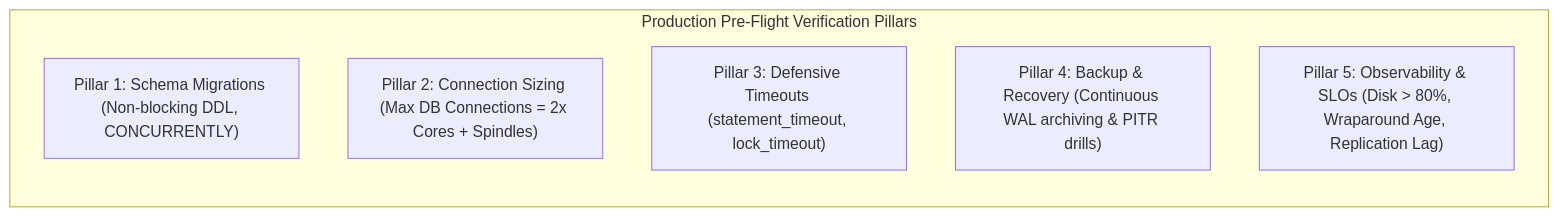
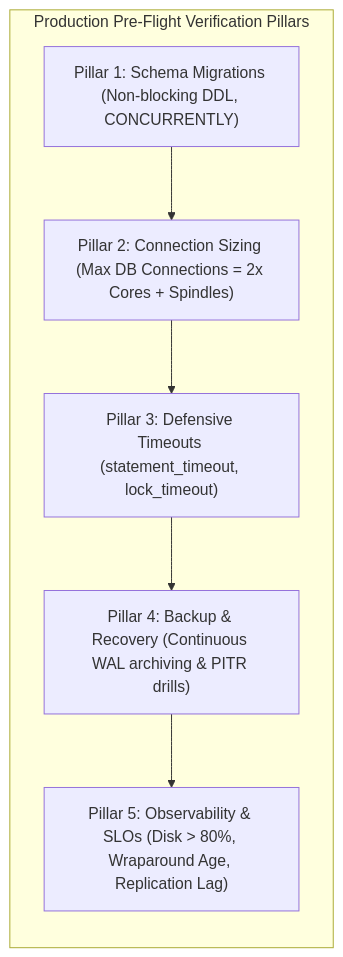
One commit to santoshjammi29/sql-handbook changed the fifth of 6 diagrams in README.md. Above: the diagram before and after it, drawn with Mermaid. The commit also changed other lines of this file and 1 other file, not shown here.

Commit message:
fix(diagrams): enforce strict sequential rendering and ordering constraints across mermaid diagrams

````diff
--- a/README.md
+++ b/README.md
@@ -438,11 +445,10 @@
 ```mermaid
-flowchart LR
+flowchart TD
     subgraph Checklist["Production Pre-Flight Verification Pillars"]
         direction TB
-        C1["Pillar 1: Schema Migrations (Non-blocking DDL, CONCURRENTLY)"]
-        C2["Pillar 2: Connection Sizing (Max DB Connections = 2x Cores + Spindles)"]
-        C3["Pillar 3: Defensive Timeouts (statement_timeout, lock_timeout)"]
-        C4["Pillar 4: Backup & Recovery (Continuous WAL archiving & PITR drills)"]
-        C5["Pillar 5: Observability & SLOs (Disk > 80%, Wraparound Age, Replication Lag)"]
+        C1["Pillar 1: Schema Migrations (Non-blocking DDL, CONCURRENTLY)"] --> C2["Pillar 2: Connection Sizing (Max DB Connections = 2x Cores + Spindles)"]
+        C2 --> C3["Pillar 3: Defensive Timeouts (statement_timeout, lock_timeout)"]
+        C3 --> C4["Pillar 4: Backup & Recovery (Continuous WAL archiving & PITR drills)"]
+        C4 --> C5["Pillar 5: Observability & SLOs (Disk > 80%, Wraparound Age, Replication Lag)"]
     end
 ```
````
